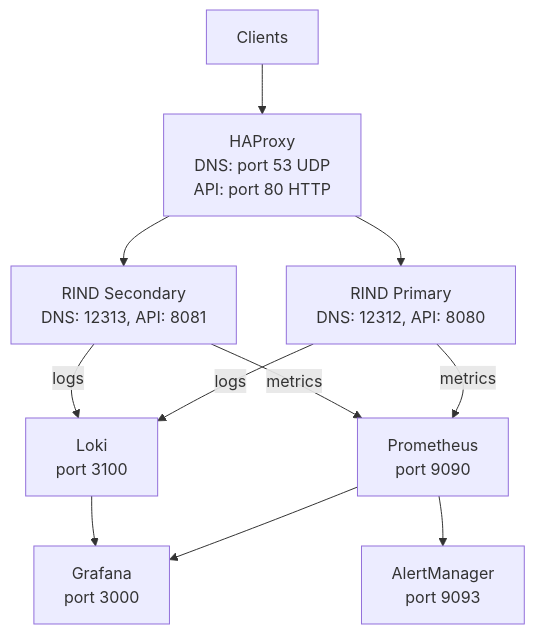
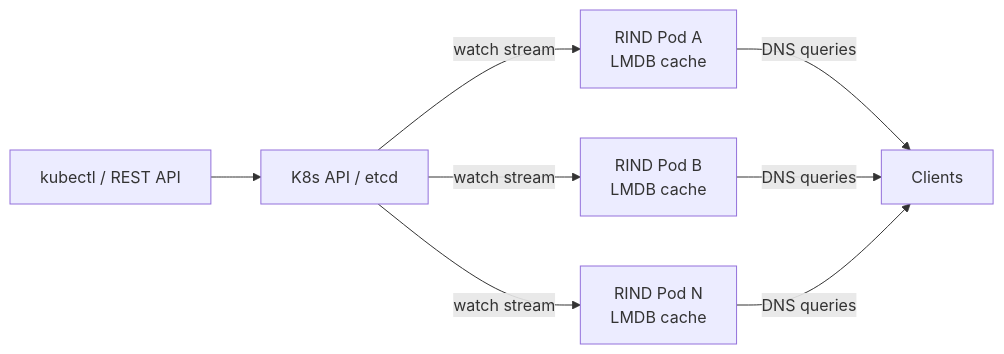
One commit to Danton11/RIND changed the second of 2 diagrams in README.md. Above: the diagram before and after it, drawn with Mermaid. The commit also changed other lines of this file and 85 other files, not shown here.

````diff
--- a/README.md
+++ b/README.md
@@ -28,22 +28,10 @@
 ```mermaid
-graph TD
-    Client[Clients]
-    HAProxy[HAProxy<br/>DNS: port 53 UDP<br/>API: port 80 HTTP]
-    Primary[RIND Primary<br/>DNS: 12312, API: 8080]
-    Secondary[RIND Secondary<br/>DNS: 12313, API: 8081]
-    Prometheus[Prometheus<br/>port 9090]
-    Grafana[Grafana<br/>port 3000]
-    Loki[Loki<br/>port 3100]
-    AlertManager[AlertManager<br/>port 9093]
-
-    Client --> HAProxy
-    HAProxy --> Primary
-    HAProxy --> Secondary
-    Primary -->|metrics| Prometheus
-    Secondary -->|metrics| Prometheus
-    Primary -->|logs| Loki
-    Secondary -->|logs| Loki
-    Prometheus --> Grafana
-    Loki --> Grafana
-    Prometheus --> AlertManager
+graph LR
+    Users[kubectl / REST API] --> K8sAPI[K8s API / etcd]
+    K8sAPI -->|watch stream| PodA[RIND Pod A<br/>LMDB cache]
+    K8sAPI -->|watch stream| PodB[RIND Pod B<br/>LMDB cache]
+    K8sAPI -->|watch stream| PodN[RIND Pod N<br/>LMDB cache]
+    PodA -->|DNS queries| Clients
+    PodB -->|DNS queries| Clients
+    PodN -->|DNS queries| Clients
 ```
````
